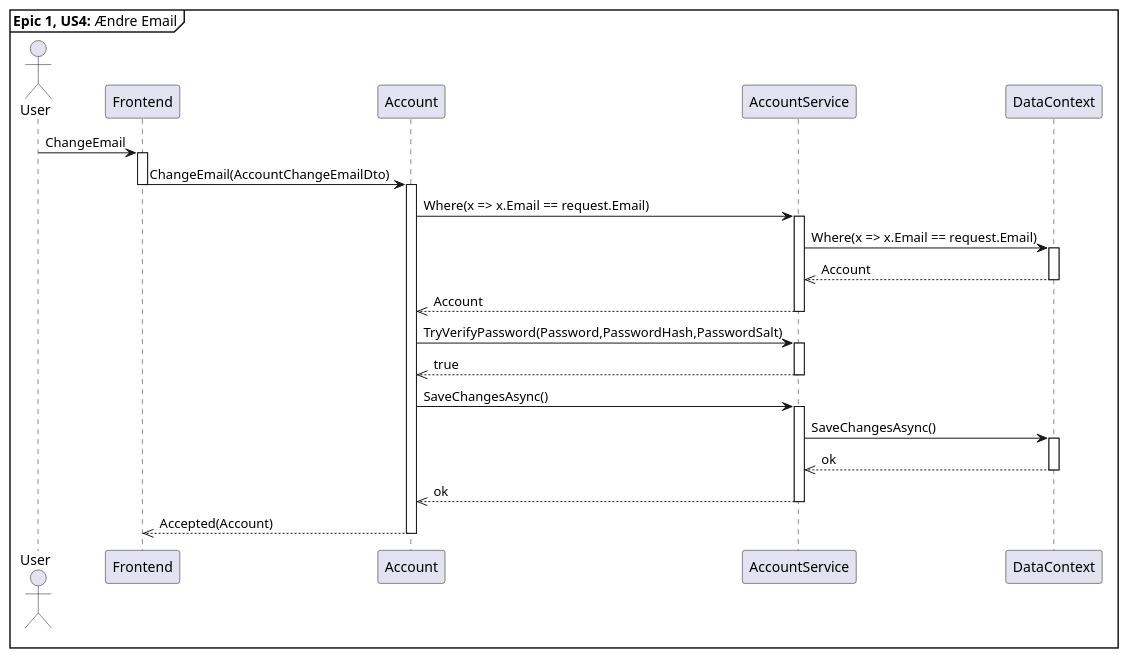
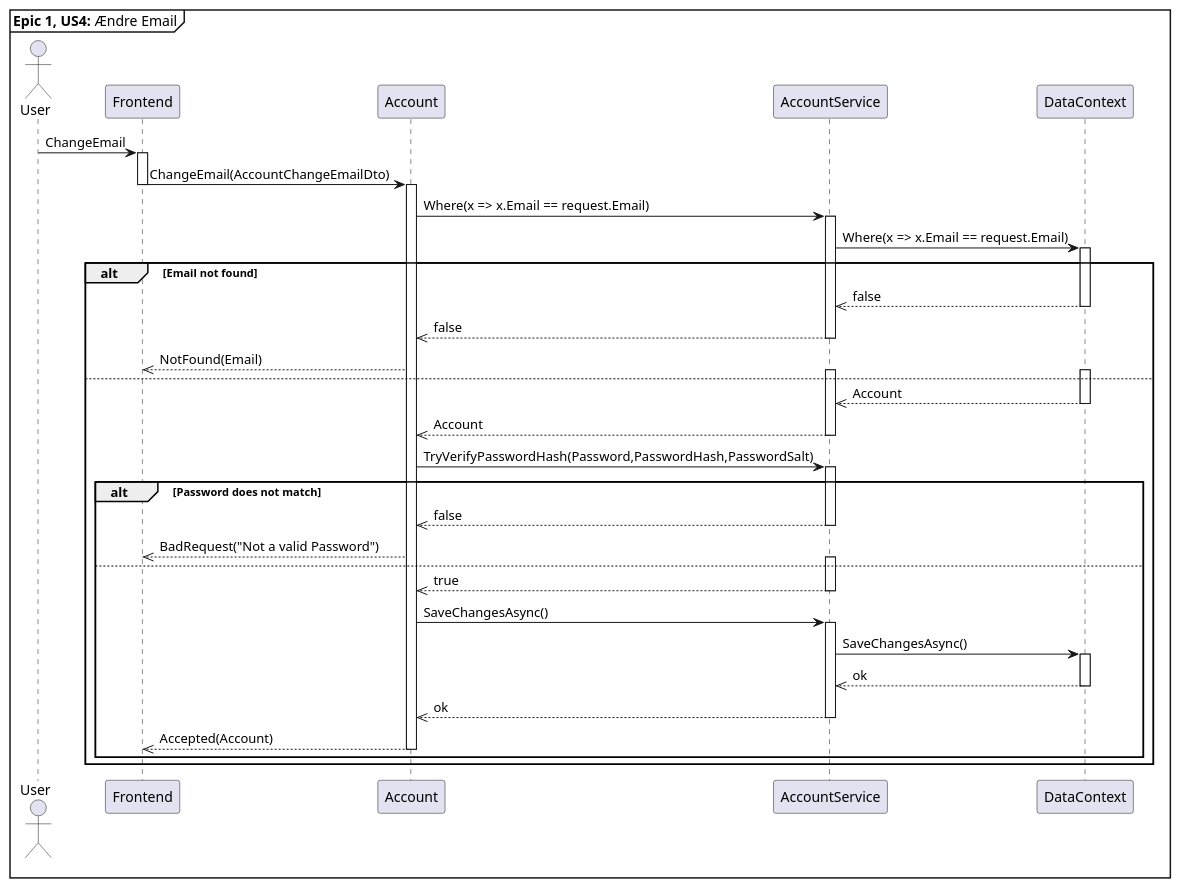
One commit to MartinStokholm/PRJ4_Repo changed the diagram in UML/PlanUML/SequenceDiagram/Account/AccountSequenceChangeEmail.puml. Above: the diagram before and after it, drawn with PlantUML. The commit also changed 3 other files, not shown here.

Commit message:
Exception added to sequence diagram

```diff
--- a/UML/PlanUML/SequenceDiagram/Account/AccountSequenceChangeEmail.puml
+++ b/UML/PlanUML/SequenceDiagram/Account/AccountSequenceChangeEmail.puml
@@ -1,42 +1,61 @@
 @startuml AccountChangeEmail 
 
 
 Actor "User" as U
 participant "Frontend" as F
 participant "Account" as A
 participant "AccountService" as S
 participant "DataContext" as D
 mainframe **Epic 1, US4:** Ændre Email 
 
 
 U -> F : ChangeEmail
 activate F
 F -> A : ChangeEmail(AccountChangeEmailDto)
 deactivate F 
 activate A
 A -> S : Where(x => x.Email == request.Email)
 activate S
 S -> D : Where(x => x.Email == request.Email)
 activate D
-D -->> S : Account
-deactivate D
-S -->> A : Account
-deactivate S
-A -> S : TryVerifyPassword(Password,PasswordHash,PasswordSalt)
-activate S
-S -->> A : true 
-deactivate S
-A -> S : SaveChangesAsync()
-activate S 
-S -> D : SaveChangesAsync()
-activate D
-D -->> S : ok
-deactivate D
-S -->> A : ok
-deactivate S
-A -->> F : Accepted(Account)
-deactivate A 
 
+alt Email not found
+    D -->> S : false
+    deactivate D
+    S -->> A : false
+    deactivate S
+    A -->> F : NotFound(Email)
+else 
+    activate S
+    activate D
+    D -->> S : Account
+    deactivate D
+    S -->> A : Account
+    deactivate S
 
+    A -> S : TryVerifyPasswordHash(Password,PasswordHash,PasswordSalt)
+
+    alt Password does not match
+        activate S
+        S -->> A: false
+        deactivate S
+        A -->> F : BadRequest("Not a valid Password")
+    else 
+        activate S
+        S -->> A : true
+        deactivate S
+        
+        A -> S : SaveChangesAsync()
+        activate S 
+        S -> D : SaveChangesAsync()
+        activate D
+        D -->> S : ok
+        deactivate D
+        S -->> A : ok
+        deactivate S
+        A -->> F : Accepted(Account)
+        deactivate A 
+    end
+end
 
 @enduml
```
